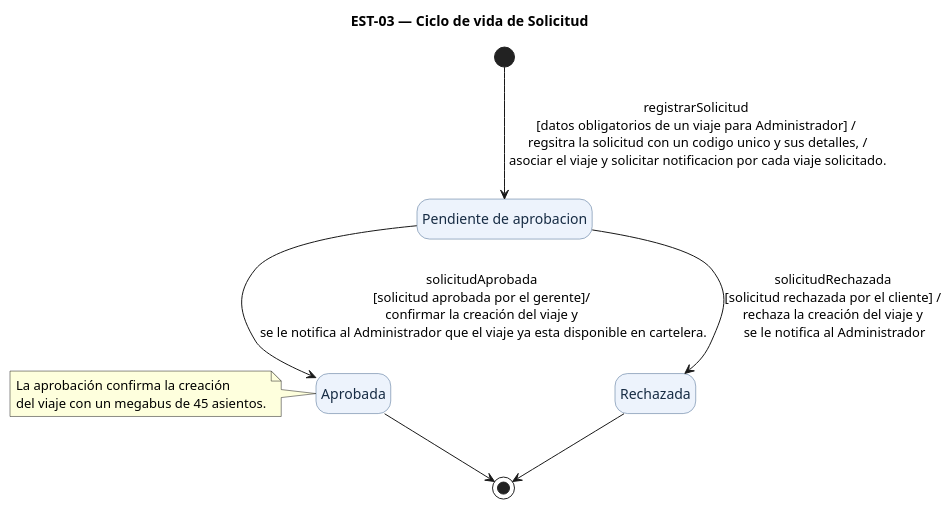
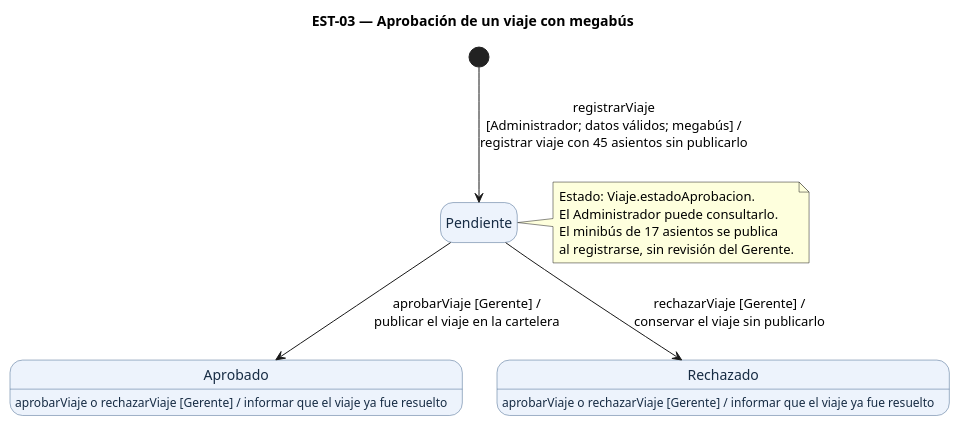
Before and after one commit to IngReqGrupo2/Proyecto_TransporteHaciaConcierto: the diagram in diagramas/est-03.puml, drawn with PlantUML. The commit also changed 30 other files, not shown here.

```diff
--- a/diagramas/est-03.puml
+++ b/diagramas/est-03.puml
@@ -1,29 +1,31 @@
 @startuml
-title EST-03 — Ciclo de vida de Solicitud
+title EST-03 — Aprobación de un viaje con megabús
 skinparam backgroundColor white
 skinparam shadowing false
 skinparam state {
   BackgroundColor #EDF3FC
   BorderColor #42658C
   FontColor #172C44
 }
 hide empty description
 
-state "Pendiente de aprobacion" as Pendiente
-state "Aprobada" as Aprobada
-state "Rechazada" as Rechazada
+state "Pendiente" as Pendiente
+state "Aprobado" as Aprobado
+state "Rechazado" as Rechazado
 
-[*] --> Pendiente : registrarSolicitud\n[datos obligatorios de un viaje para Administrador] /\n regsitra la solicitud con un codigo unico y sus detalles, /\n asociar el viaje y solicitar notificacion por cada viaje solicitado.                            
+[*] --> Pendiente : registrarViaje\n[Administrador; datos válidos; megabús] /\nregistrar viaje con 45 asientos sin publicarlo
 
-Pendiente --> Aprobada : solicitudAprobada\n[solicitud aprobada por el gerente]/\n confirmar la creación del viaje y \n se le notifica al Administrador que el viaje ya esta disponible en cartelera.
+Pendiente --> Aprobado : aprobarViaje [Gerente] /\npublicar el viaje en la cartelera
 
-Pendiente --> Rechazada : solicitudRechazada\n[solicitud rechazada por el cliente] /\n rechaza la creación del viaje y \n se le notifica al Administrador
+Pendiente --> Rechazado : rechazarViaje [Gerente] /\nconservar el viaje sin publicarlo
 
-Aprobada --> [*]
-Rechazada --> [*]
+Aprobado : aprobarViaje o rechazarViaje [Gerente] / informar que el viaje ya fue resuelto
+Rechazado : aprobarViaje o rechazarViaje [Gerente] / informar que el viaje ya fue resuelto
 
-note left of Aprobada
- La aprobación confirma la creación
- del viaje con un megabus de 45 asientos.
+note right of Pendiente
+  Estado: Viaje.estadoAprobacion.
+  El Administrador puede consultarlo.
+  El minibús de 17 asientos se publica
+  al registrarse, sin revisión del Gerente.
 end note
 @enduml
```
